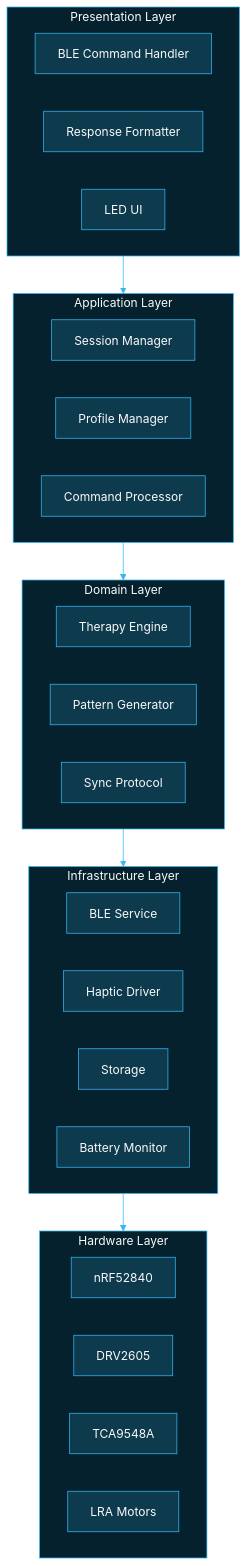
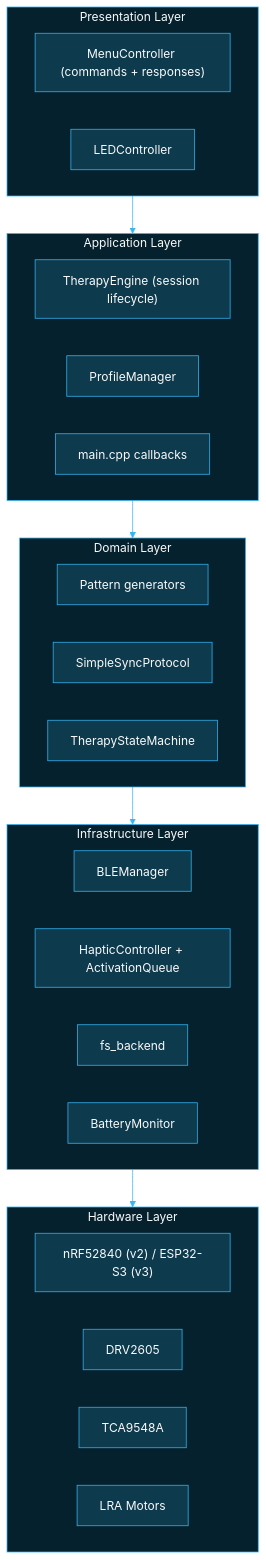
Before and after one commit to BlueBuzzah/BlueBuzzah-Firmware: the first of 6 diagrams in docs/ARCHITECTURE.md, drawn with Mermaid. The commit also changed other lines of this file and 12 other files, not shown here.

````diff
--- a/docs/ARCHITECTURE.md
+++ b/docs/ARCHITECTURE.md
@@ -44,49 +44,48 @@
 ```mermaid
 %%{init: {'theme': 'base', 'themeVariables': {
   'primaryColor': '#0d3a4d',
   'primaryTextColor': '#fafafa',
   'primaryBorderColor': '#35B6F2',
   'lineColor': '#35B6F2',
   'secondaryColor': '#05212D',
   'tertiaryColor': '#0a0a0a',
   'background': '#0a0a0a',
   'mainBkg': '#0d3a4d',
   'nodeBorder': '#35B6F2',
   'clusterBkg': '#05212D',
   'clusterBorder': '#35B6F2',
   'titleColor': '#fafafa',
   'edgeLabelBackground': '#0a0a0a'
 }}}%%
 flowchart TB
     subgraph PRES["Presentation Layer"]
-        P1["BLE Command Handler"]
-        P2["Response Formatter"]
-        P3["LED UI"]
+        P1["MenuController (commands + responses)"]
+        P3["LEDController"]
     end
     subgraph APP["Application Layer"]
-        A1["Session Manager"]
-        A2["Profile Manager"]
-        A3["Command Processor"]
+        A1["TherapyEngine (session lifecycle)"]
+        A2["ProfileManager"]
+        A3["main.cpp callbacks"]
     end
     subgraph DOMAIN["Domain Layer"]
-        D1["Therapy Engine"]
-        D2["Pattern Generator"]
-        D3["Sync Protocol"]
+        D2["Pattern generators"]
+        D3["SimpleSyncProtocol"]
+        D4["TherapyStateMachine"]
     end
     subgraph INFRA["Infrastructure Layer"]
-        I1["BLE Service"]
-        I2["Haptic Driver"]
-        I3["Storage"]
-        I4["Battery Monitor"]
+        I1["BLEManager"]
+        I2["HapticController + ActivationQueue"]
+        I3["fs_backend"]
+        I4["BatteryMonitor"]
     end
     subgraph HW["Hardware Layer"]
-        H1["nRF52840"]
+        H1["nRF52840 (v2) / ESP32-S3 (v3)"]
         H2["DRV2605"]
         H3["TCA9548A"]
         H4["LRA Motors"]
     end
     PRES --> APP
     APP --> DOMAIN
     DOMAIN --> INFRA
     INFRA --> HW
 ```
````
